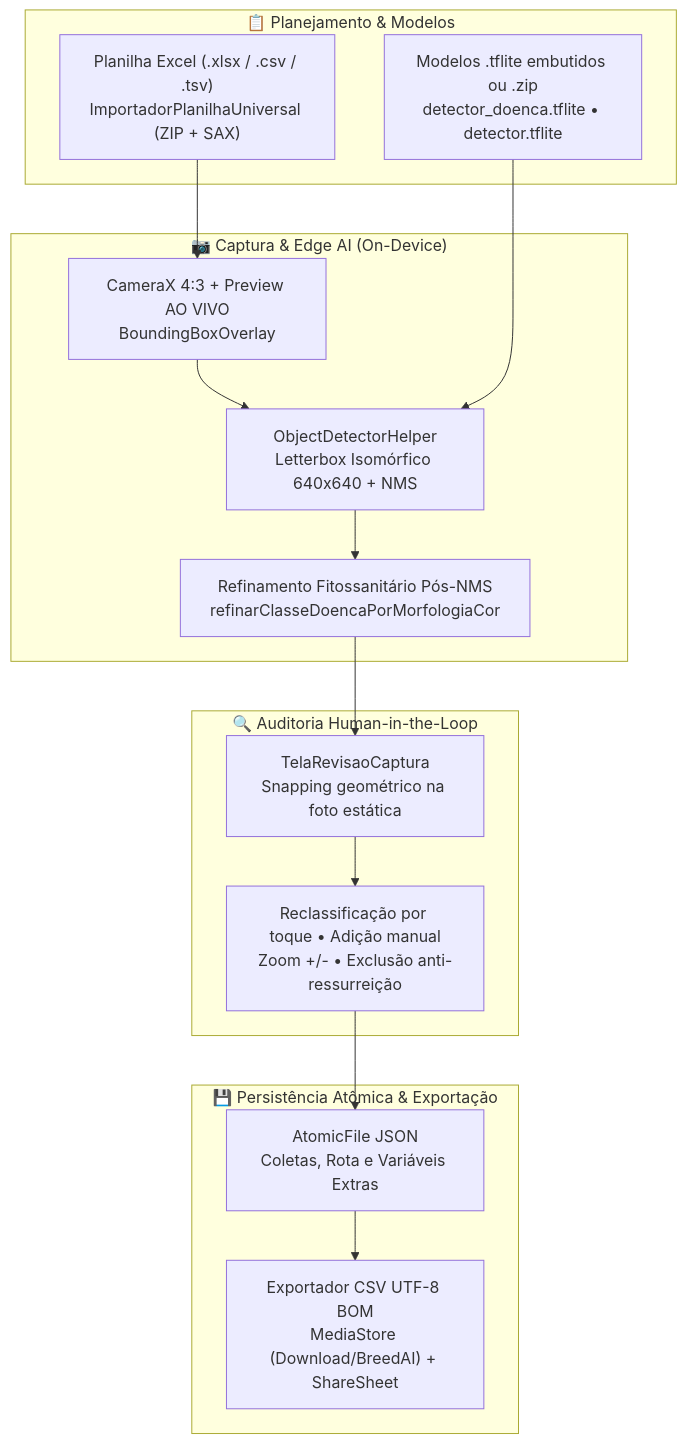
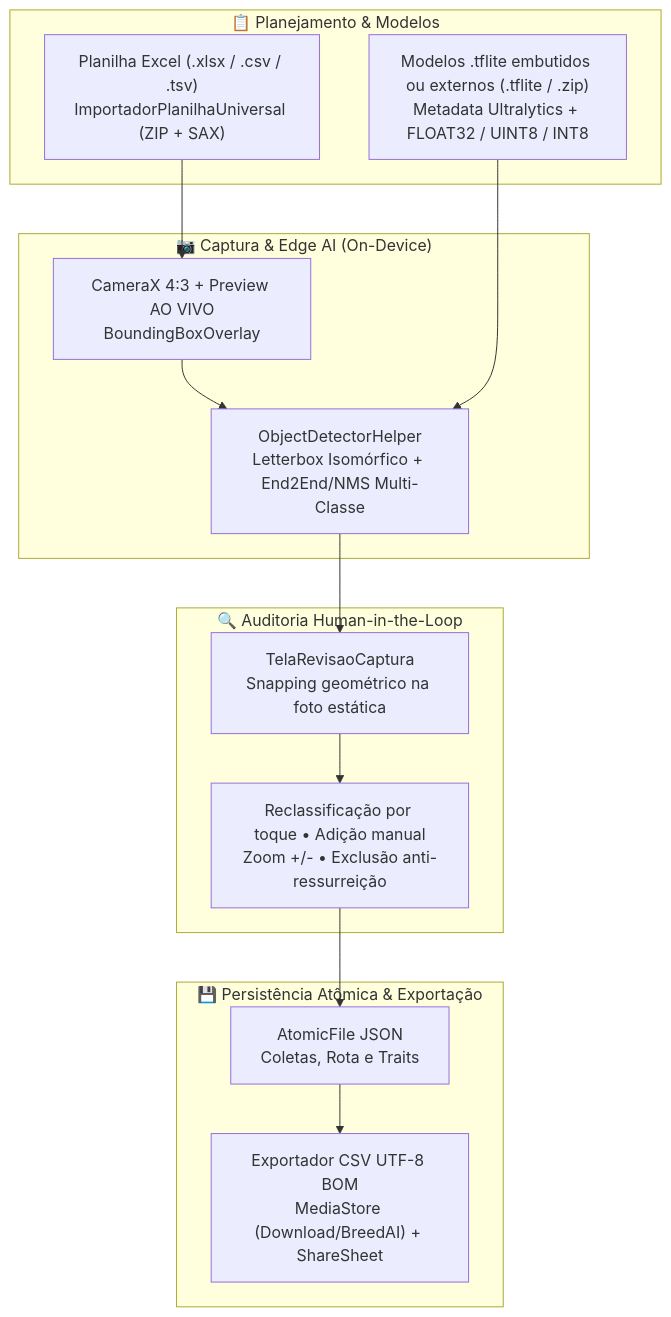
The diagram in README.md (Igor8818/BreedAI), drawn with Mermaid before and after one commit. The commit also changed other lines of this file and 28 other files, not shown here.

````diff
--- a/README.md
+++ b/README.md
@@ -41,30 +72,29 @@
 ```mermaid
 flowchart TD
     subgraph Input ["📋 Planejamento & Modelos"]
         XLSX["Planilha Excel (.xlsx / .csv / .tsv)<br/>ImportadorPlanilhaUniversal (ZIP + SAX)"]
-        Models["Modelos .tflite embutidos ou .zip<br/>detector_doenca.tflite &bull; detector.tflite"]
+        Models["Modelos .tflite embutidos ou externos (.tflite / .zip)<br/>Metadata Ultralytics + FLOAT32 / UINT8 / INT8"]
     end
 
     subgraph EdgeAI ["📷 Captura & Edge AI (On-Device)"]
         Cam["CameraX 4:3 + Preview AO VIVO<br/>BoundingBoxOverlay"]
-        Helper["ObjectDetectorHelper<br/>Letterbox Isomórfico 640x640 + NMS"]
-        Refine["Refinamento Fitossanitário Pós-NMS<br/>refinarClasseDoencaPorMorfologiaCor"]
-        Cam --> Helper --> Refine
+        Helper["ObjectDetectorHelper<br/>Letterbox Isomórfico + End2End/NMS Multi-Classe"]
+        Cam --> Helper
     end
 
     subgraph Review ["🔍 Auditoria Human-in-the-Loop"]
         Snap["TelaRevisaoCaptura<br/>Snapping geométrico na foto estática"]
         Actions["Reclassificação por toque &bull; Adição manual<br/>Zoom +/- &bull; Exclusão anti-ressurreição"]
         Snap --> Actions
     end
 
     subgraph Storage ["💾 Persistência Atômica & Exportação"]
-        Atomic["AtomicFile JSON<br/>Coletas, Rota e Variáveis Extras"]
+        Atomic["AtomicFile JSON<br/>Coletas, Rota e Traits"]
         CSV["Exportador CSV UTF-8 BOM<br/>MediaStore (Download/BreedAI) + ShareSheet"]
     end
 
     XLSX --> Cam
     Models --> Helper
-    Refine --> Snap
+    Helper --> Snap
     Actions --> Atomic --> CSV
 ```
````
